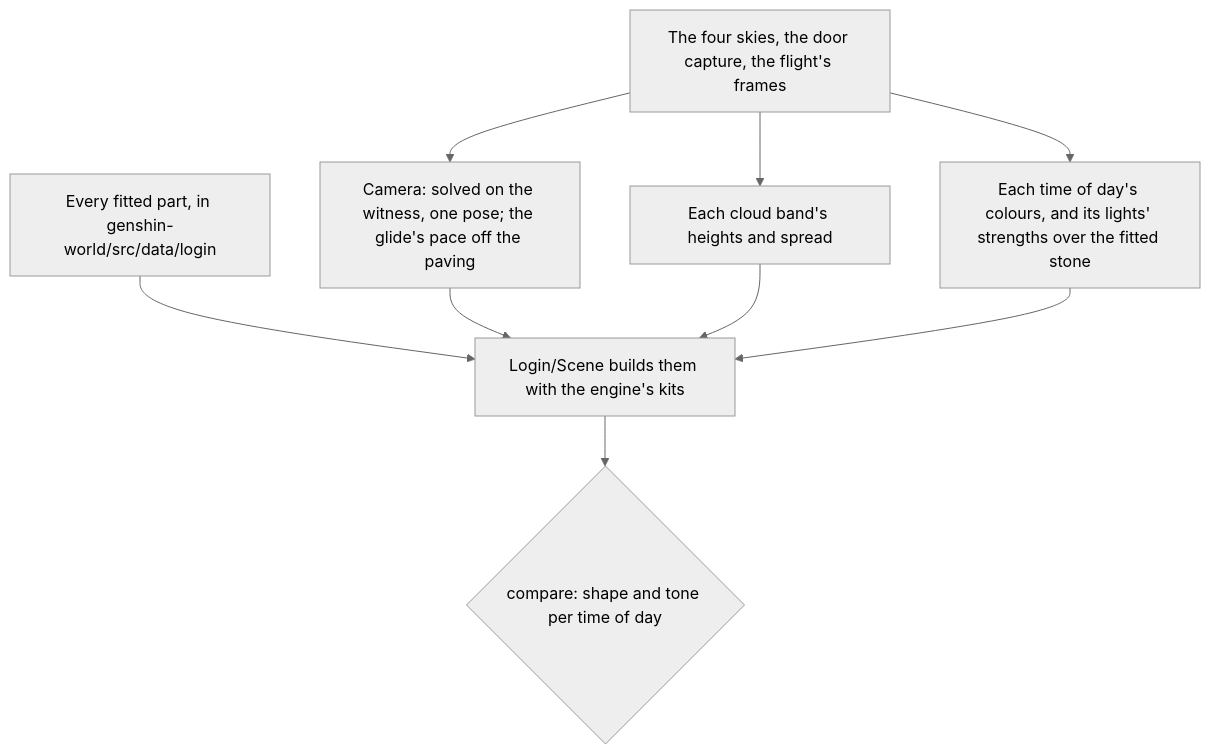
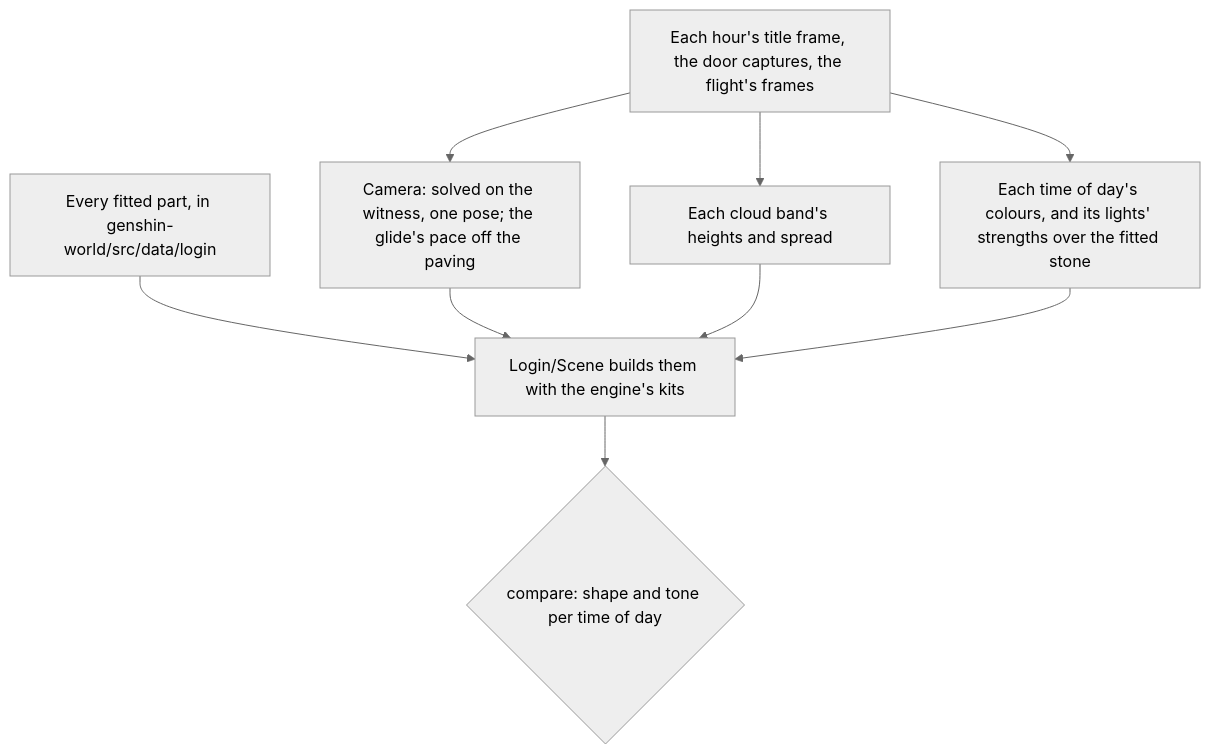
Before and after one commit to Esposter/Esposter: the second of 2 diagrams in apps/web/content/docs/genshin/login-screen.md, drawn with Mermaid (neutral theme). The commit also changed other lines of this file and 7 other files, not shown here.

First line of the commit message:
feat(genshin-parity): judge each hour on a title frame at the glide's own camera

````diff
--- a/apps/web/content/docs/genshin/login-screen.md
+++ b/apps/web/content/docs/genshin/login-screen.md
@@ -34,11 +34,11 @@
 ```mermaid
 flowchart TD
   DATA["Every fitted part, in genshin-world/src/data/login"] --> SCENE[Login/Scene builds them with the engine's kits]
-  REF[The four skies, the door capture, the flight's frames] --> CAM["Camera: solved on the witness, one pose; the glide's pace off the paving"]
+  REF[Each hour's title frame, the door captures, the flight's frames] --> CAM["Camera: solved on the witness, one pose; the glide's pace off the paving"]
   REF --> BANDS[Each cloud band's heights and spread]
   REF --> LIGHT["Each time of day's colours, and its lights' strengths over the fitted stone"]
   CAM --> SCENE
   BANDS --> SCENE
   LIGHT --> SCENE
   SCENE --> SCORE{compare: shape and tone per time of day}
 ```
````
